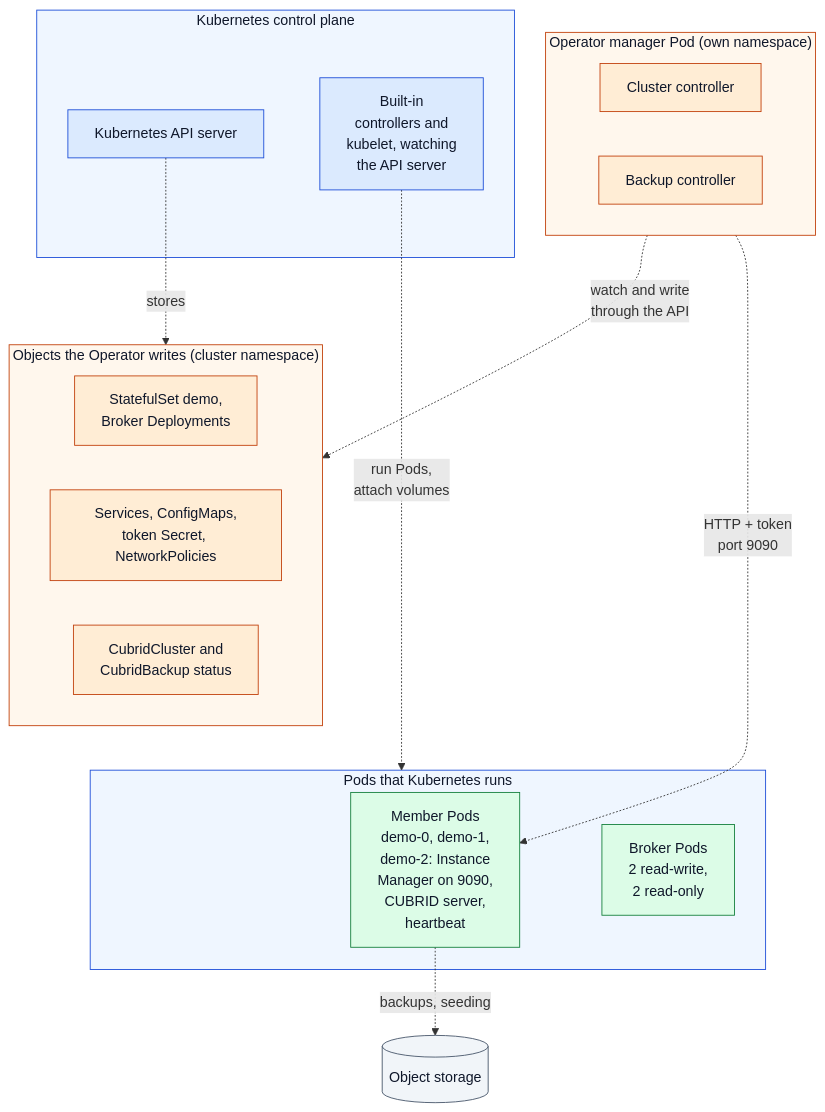
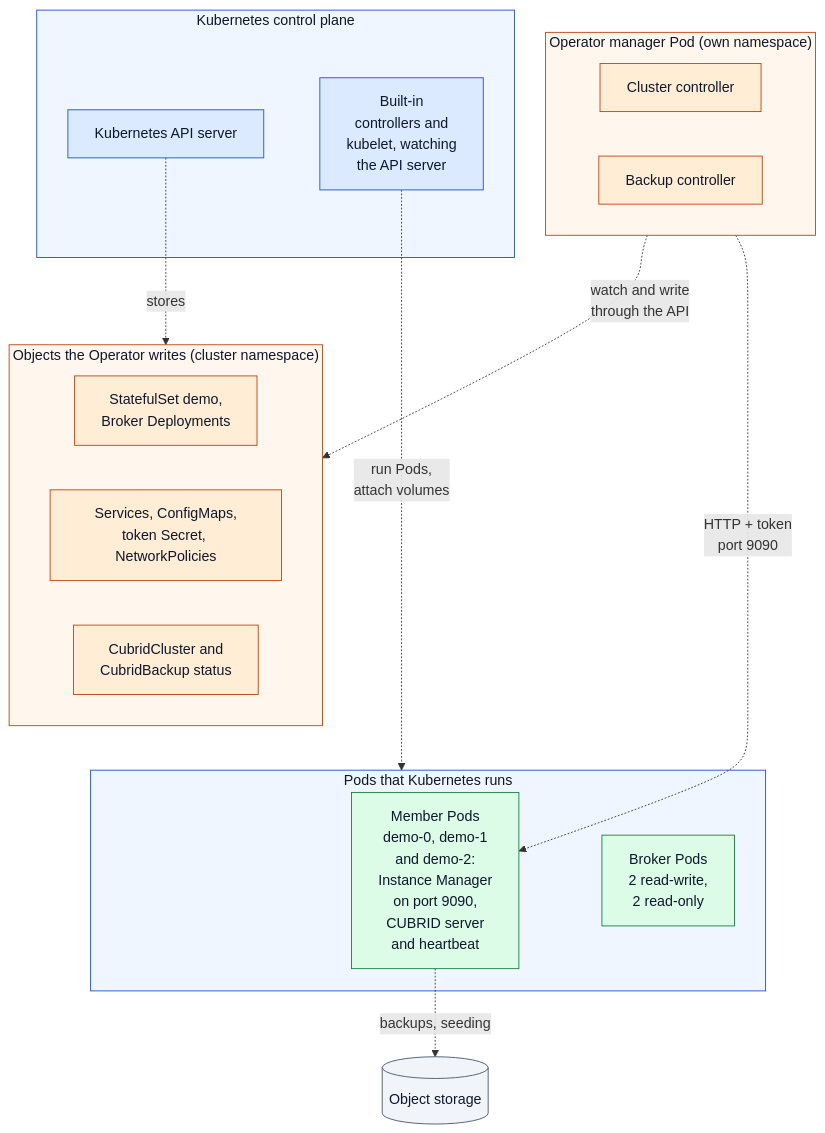
The first of 2 diagrams in docs/architecture/topology.md (cubrid-lab/cubrid-kubernetes-operator), drawn with Mermaid before and after one commit.

Commit message:
docs(architecture): keep member names whole in the topology diagram

````diff
--- a/docs/architecture/topology.md
+++ b/docs/architecture/topology.md
@@ -25,43 +25,43 @@
 ```mermaid
 flowchart TB
     subgraph mgr["Operator manager Pod (own namespace)"]
         cc["Cluster controller"]:::op
         bc["Backup controller"]:::op
     end
 
     subgraph cp["Kubernetes control plane"]
         api["Kubernetes API server"]:::k8s
         builtin["Built-in<br/>controllers and<br/>kubelet, watching<br/>the API server"]:::k8s
     end
 
     subgraph objs["Objects the Operator writes (cluster namespace)"]
         direction LR
         wl["StatefulSet demo,<br/>Broker Deployments"]:::op
         cfg["Services, ConfigMaps,<br/>token Secret, NetworkPolicies"]:::op
         crs["CubridCluster and<br/>CubridBackup status"]:::op
     end
 
     subgraph run["Pods that Kubernetes runs"]
-        members["Member Pods<br/>demo-0, demo-1,<br/>demo-2: Instance<br/>Manager on 9090,<br/>CUBRID server,<br/>heartbeat"]:::cubrid
+        members["Member Pods<br/>demo-0, demo-1<br/>and demo-2:<br/>Instance Manager<br/>on port 9090,<br/>CUBRID server<br/>and heartbeat"]:::cubrid
         brokers["Broker Pods<br/>2 read-write,<br/>2 read-only"]:::cubrid
     end
 
     objstore[("Object storage")]:::ext
 
     mgr -. "watch and write<br/>through the API" .-> objs
     api -. "stores" .-> objs
     builtin -. "run Pods,<br/>attach volumes" .-> run
     mgr -. "HTTP + token<br/>port 9090" .-> members
     members -. "backups, seeding" .-> objstore
     objs ~~~ run
 
     classDef k8s fill:#dbeafe,stroke:#1d4ed8,color:#0f172a
     classDef op fill:#ffedd5,stroke:#c2410c,color:#0f172a
     classDef cubrid fill:#dcfce7,stroke:#15803d,color:#0f172a
     classDef ext fill:#f1f5f9,stroke:#475569,color:#0f172a
 
     style mgr fill:#fff7ed,stroke:#c2410c,color:#0f172a
     style objs fill:#fff7ed,stroke:#c2410c,color:#0f172a
     style cp fill:#eff6ff,stroke:#1d4ed8,color:#0f172a
     style run fill:#eff6ff,stroke:#1d4ed8,color:#0f172a
 ```
````
